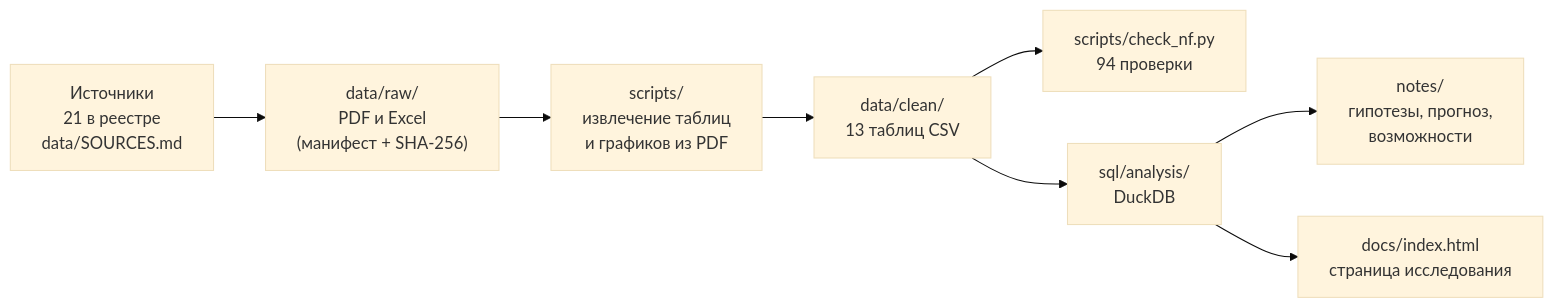
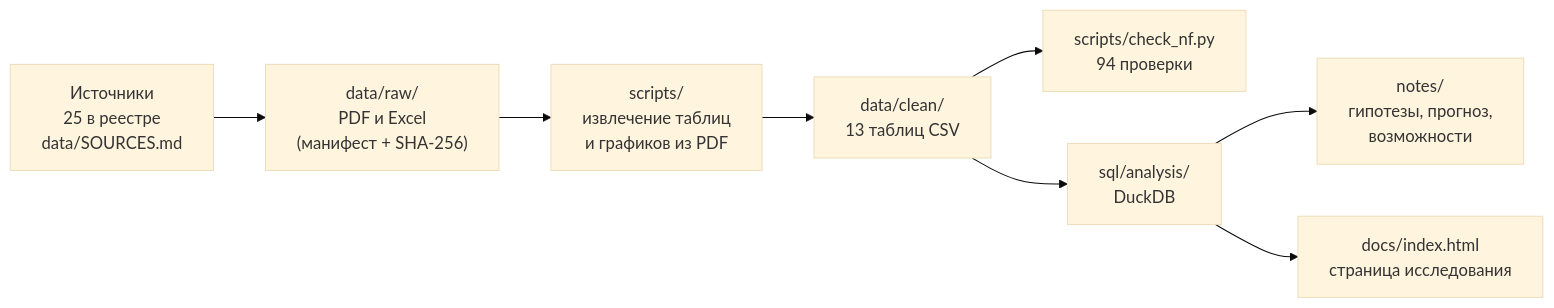
One commit to massimo-pazzi/hotel-market-case changed the diagram in README.md. Above: the diagram before and after it, drawn with Mermaid (base theme). The commit also changed other lines of this file and 12 other files, not shown here.

````diff
--- a/README.md
+++ b/README.md
@@ -37,10 +37,10 @@
 ```mermaid
 flowchart LR
-    A["Источники<br/>21 в реестре<br/>data/SOURCES.md"] --> B["data/raw/<br/>PDF и Excel<br/>(манифест + SHA-256)"]
+    A["Источники<br/>25 в реестре<br/>data/SOURCES.md"] --> B["data/raw/<br/>PDF и Excel<br/>(манифест + SHA-256)"]
     B --> C["scripts/<br/>извлечение таблиц<br/>и графиков из PDF"]
     C --> D["data/clean/<br/>13 таблиц CSV"]
     D --> E["scripts/check_nf.py<br/>94 проверки"]
     D --> F["sql/analysis/<br/>DuckDB"]
     F --> G["notes/<br/>гипотезы, прогноз,<br/>возможности"]
     F --> H["docs/index.html<br/>страница исследования"]
 ```
````
